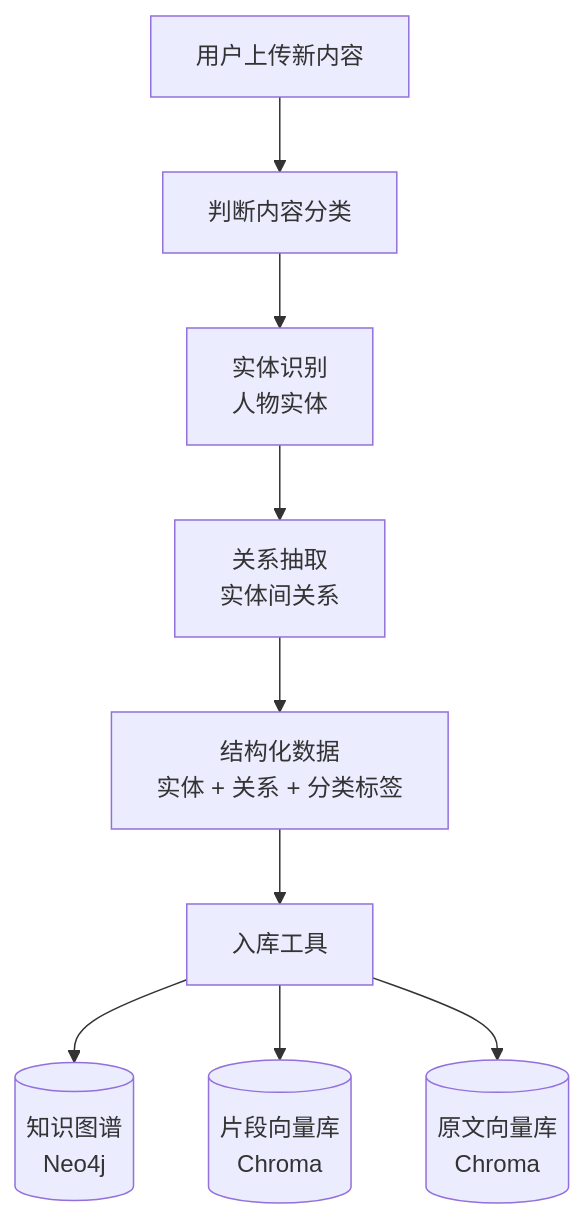
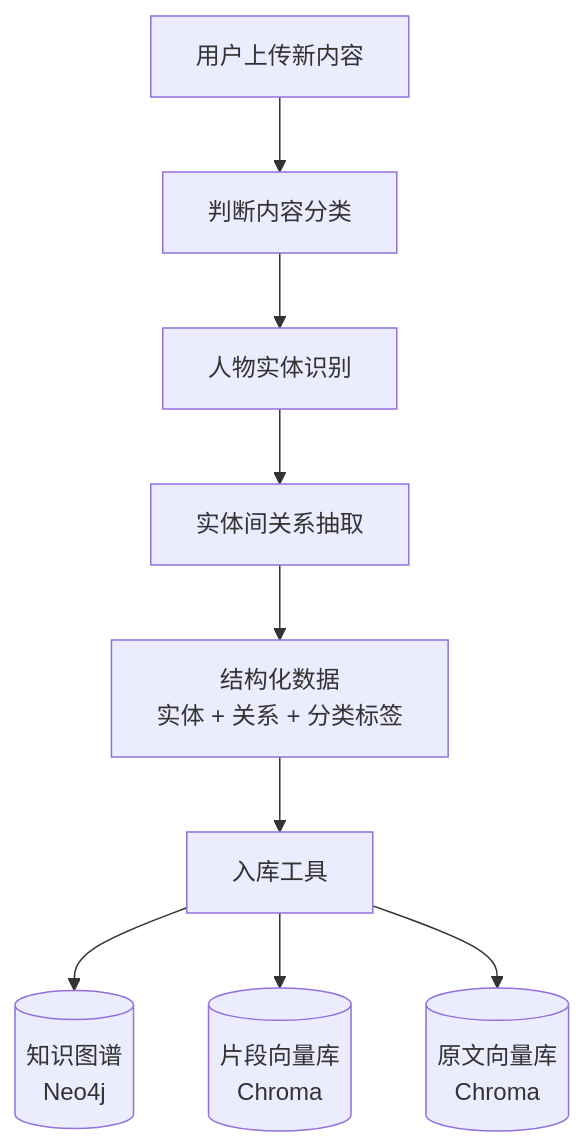
One commit to TravelDaivd/novelAgent changed the first of 4 diagrams in README.md. Above: the diagram before and after it, drawn with Mermaid.

Commit message:
补充降级兜底机制中缺少的条件

````diff
--- a/README.md
+++ b/README.md
@@ -57,11 +57,11 @@
 ```mermaid
 flowchart TD
     Upload[用户上传新内容] --> Classify[判断内容分类]
-    Classify --> NER[实体识别<br>人物实体]
-    NER --> RE[关系抽取<br>实体间关系]
+    Classify --> NER[人物实体识别]
+    NER --> RE[实体间关系抽取]
     RE --> Struct[结构化数据<br>实体 + 关系 + 分类标签]
     Struct --> Tools[入库工具]
     Tools --> Neo4j[(知识图谱<br>Neo4j)]
     Tools --> Chroma1[(片段向量库<br>Chroma)]
     Tools --> Chroma2[(原文向量库<br>Chroma)]
 ```
````
